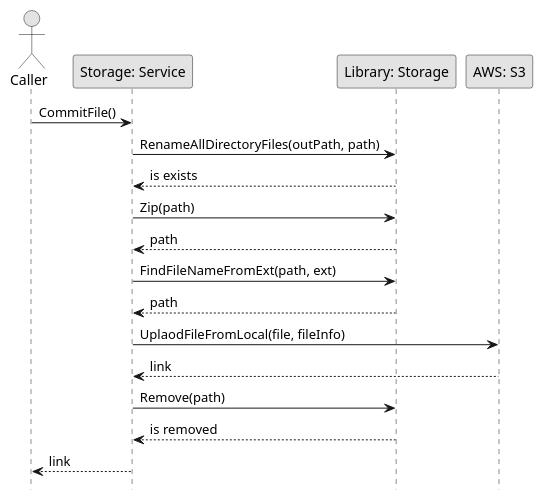
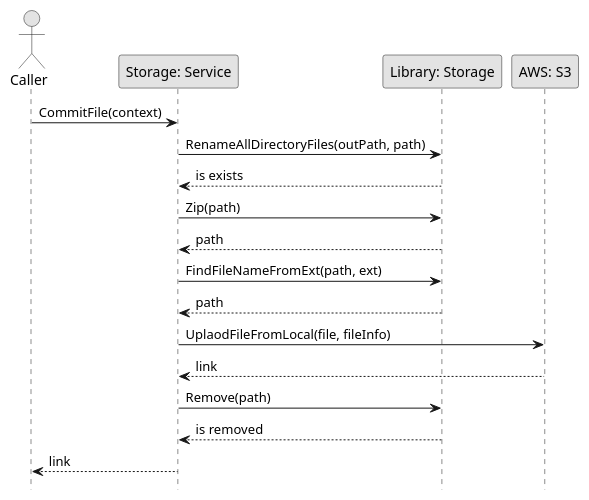
Before and after one commit to fwidjaya20/fazzlearning-uml: the diagram in Sequence/Release01/CommitFile.wsd, drawn with PlantUML. The commit also changed 7 other files, not shown here.

Commit message:
fix(diagram): fix invalid function name

```diff
--- a/Sequence/Release01/CommitFile.wsd
+++ b/Sequence/Release01/CommitFile.wsd
@@ -1,25 +1,25 @@
 @startuml CommitFile
 
 skinparam Monochrome true
 skinparam Shadowing false
 hide footbox
 
 actor Caller
 participant "Storage: Service" as StorageService
 participant "Library: Storage" as StorageLib
 participant "AWS: S3" as S3
 
-Caller->StorageService: CommitFile()
+Caller->StorageService: CommitFile(context)
 StorageService->StorageLib: RenameAllDirectoryFiles(outPath, path)
 StorageLib-->StorageService: is exists
 StorageService->StorageLib: Zip(path)
 StorageLib-->StorageService: path
 StorageService->StorageLib: FindFileNameFromExt(path, ext)
 StorageLib-->StorageService: path
 StorageService->S3: UplaodFileFromLocal(file, fileInfo)
 S3-->StorageService: link
 StorageService->StorageLib: Remove(path)
 StorageLib-->StorageService: is removed
 StorageService-->Caller: link
 
 @enduml
```
